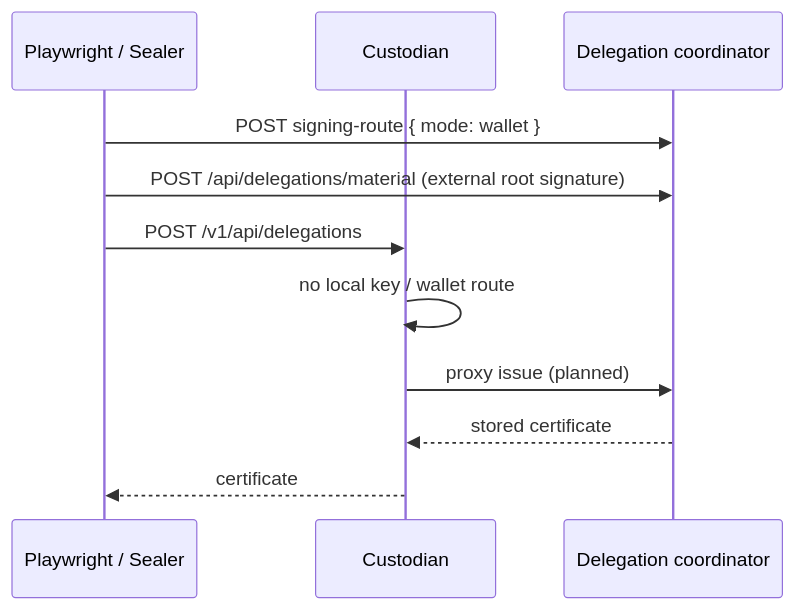
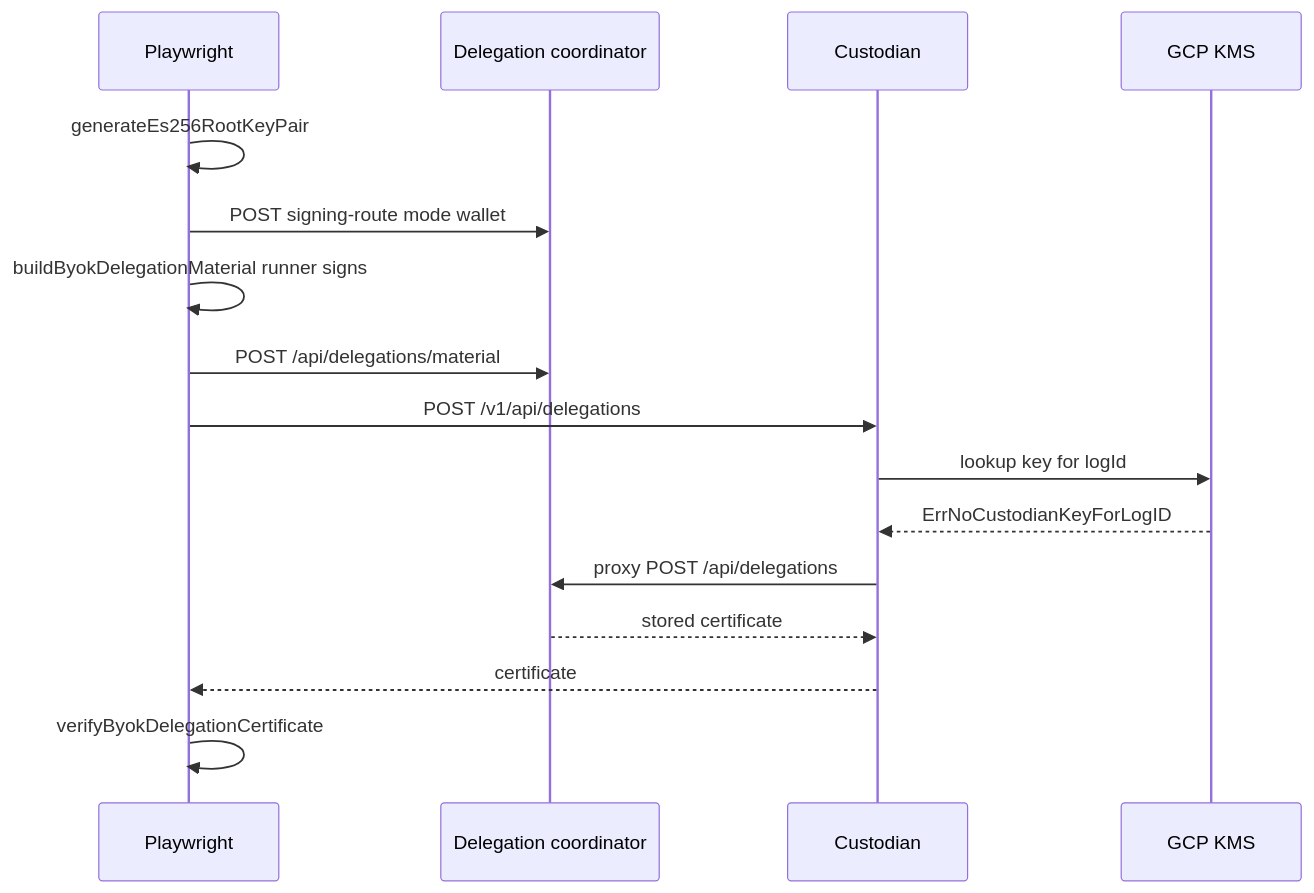
One commit to forestrie/canopy changed the second of 2 diagrams in packages/tests/canopy-api/tests/system/docs/coordinator-delegation-issuance.md. Above: the diagram before and after it, drawn with Mermaid. The commit also changed other lines of this file and 5 other files, not shown here.

````diff
--- a/packages/tests/canopy-api/tests/system/docs/coordinator-delegation-issuance.md
+++ b/packages/tests/canopy-api/tests/system/docs/coordinator-delegation-issuance.md
@@ -159,14 +72,20 @@
 ```mermaid
 sequenceDiagram
-    participant PT as Playwright / Sealer
+    participant PT as Playwright
+    participant COO as Delegation coordinator
     participant CUS as Custodian
-    participant COO as Delegation coordinator
+    participant KMS as GCP KMS
 
-    PT->>COO: POST signing-route { mode: wallet }
-    PT->>COO: POST /api/delegations/material (external root signature)
+    PT->>PT: generateEs256RootKeyPair
+    PT->>COO: POST signing-route mode wallet
+    PT->>PT: buildByokDelegationMaterial runner signs
+    PT->>COO: POST /api/delegations/material
+
     PT->>CUS: POST /v1/api/delegations
-    CUS->>CUS: no local key / wallet route
-    CUS->>COO: proxy issue (planned)
+    CUS->>KMS: lookup key for logId
+    KMS-->>CUS: ErrNoCustodianKeyForLogID
+    CUS->>COO: proxy POST /api/delegations
     COO-->>CUS: stored certificate
     CUS-->>PT: certificate
+    PT->>PT: verifyByokDelegationCertificate
 ```
````
